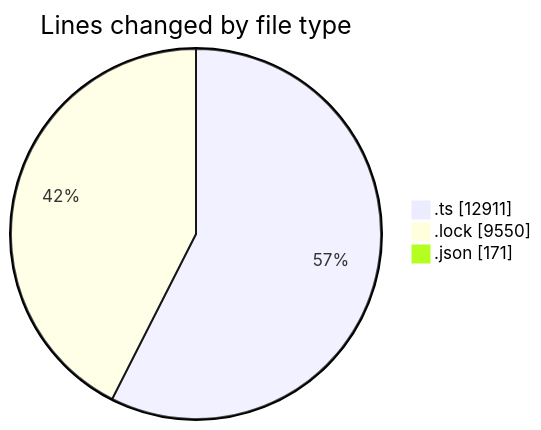
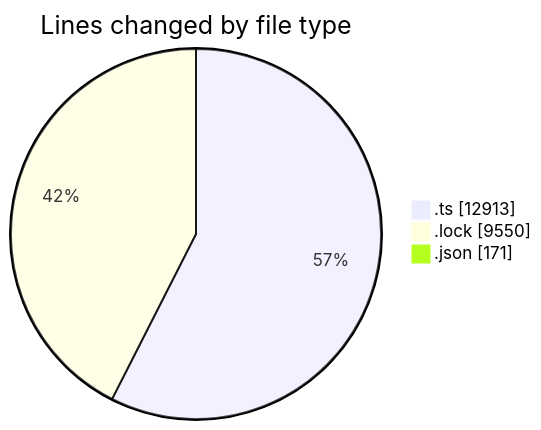
Before and after one commit to momahboobian/code-tracking: the first of 2 diagrams in 2025-10-30/cda/README.md, drawn with Mermaid. The commit also changed other lines of this file and 1 other file, not shown here.

````diff
--- a/2025-10-30/cda/README.md
+++ b/2025-10-30/cda/README.md
@@ -28,7 +28,7 @@
 ```mermaid
 pie showData
 title Lines changed by file type
-".ts" : 12911
+".ts" : 12913
 ".lock" : 9550
 ".json" : 171
 ```
````
